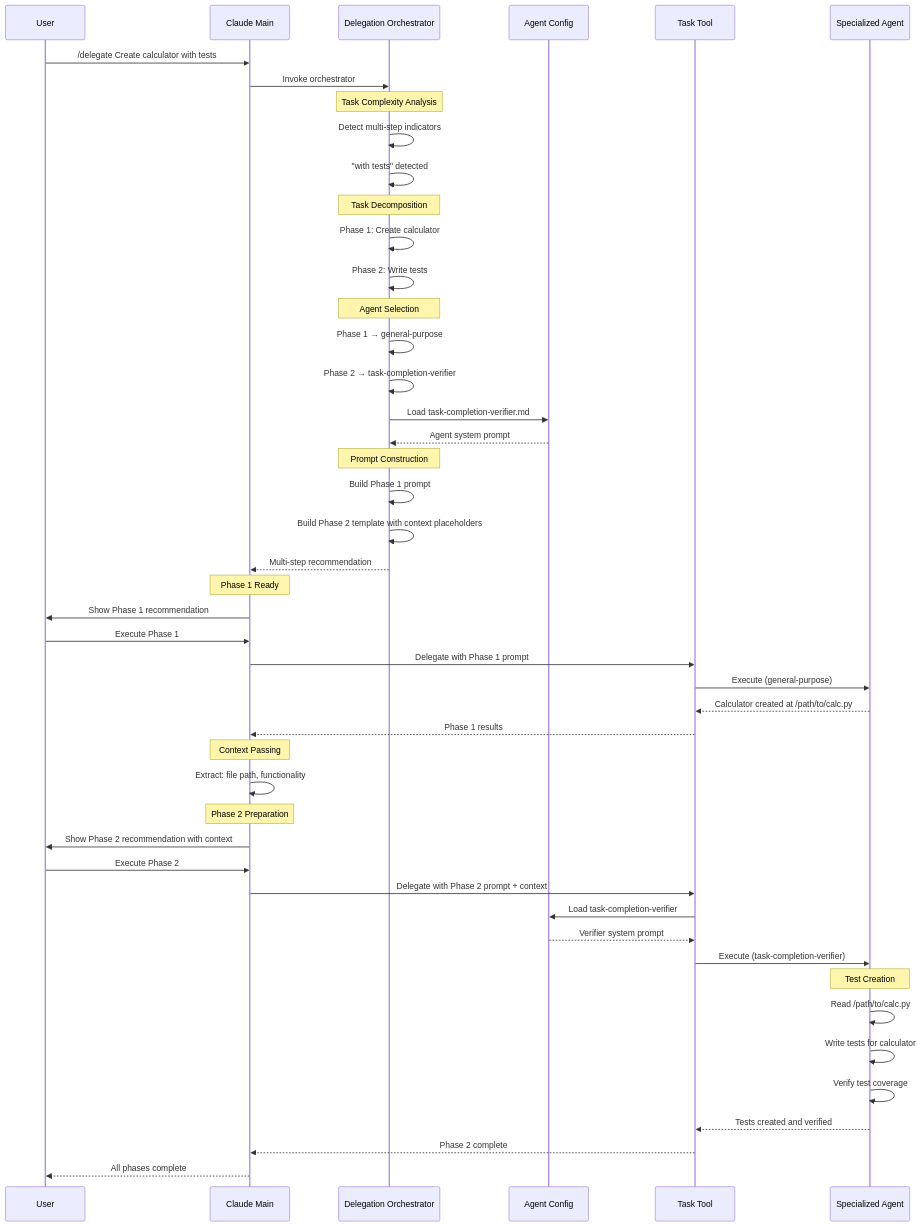
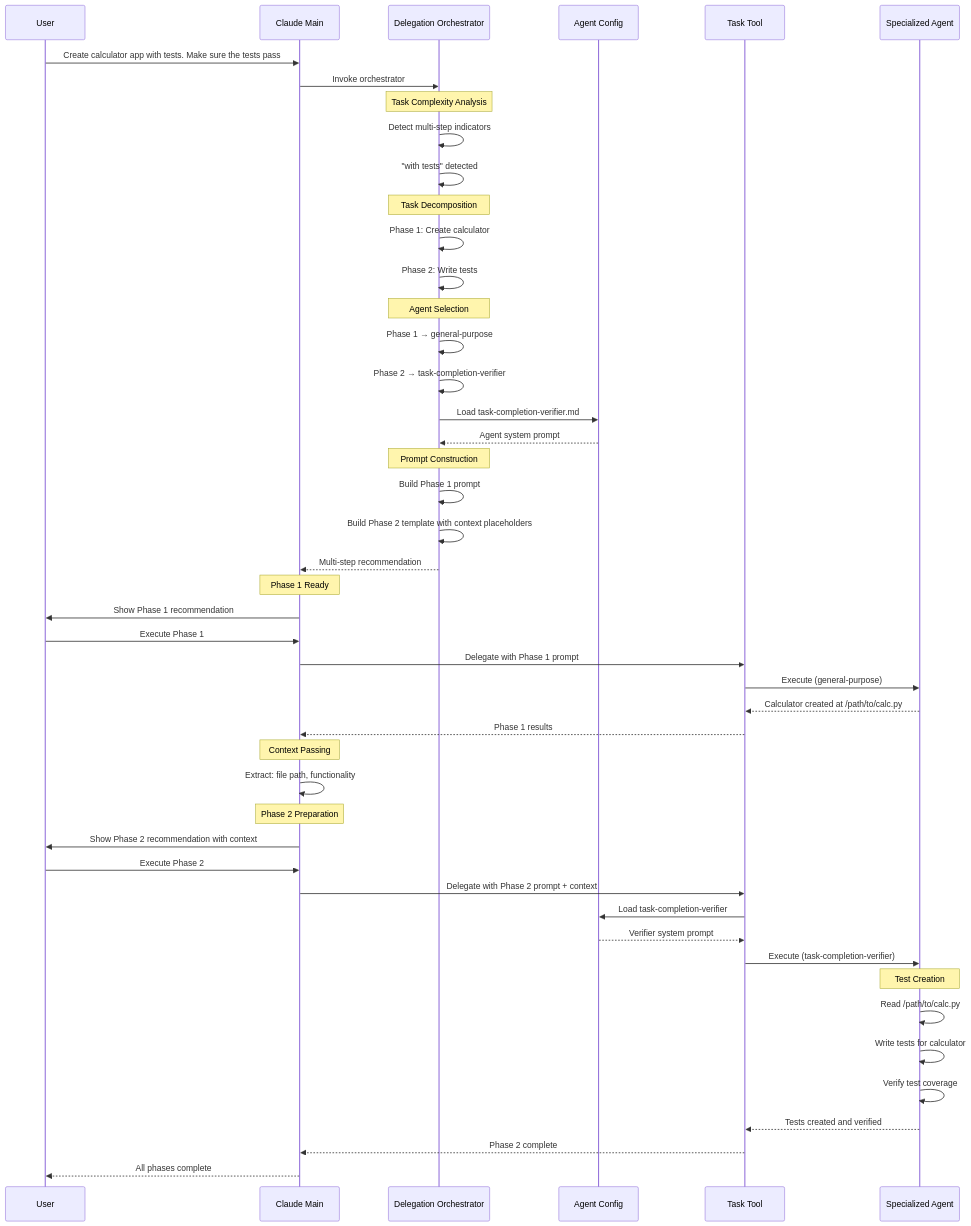
Before and after one commit to barkain/claude-code-delegation-system: the second of 2 diagrams in README.md, drawn with Mermaid.

````diff
--- a/README.md
+++ b/README.md
@@ -234,63 +234,63 @@
 ```mermaid
 sequenceDiagram
     participant User
     participant Claude as Claude Main
     participant Orch as Delegation Orchestrator
     participant Config as Agent Config
     participant Task as Task Tool
     participant Agent as Specialized Agent
 
-    User->>Claude: /delegate Create calculator with tests
+    User->>Claude: Create calculator app with tests. Make sure the tests pass
     Claude->>Orch: Invoke orchestrator
 
     Note over Orch: Task Complexity Analysis
     Orch->>Orch: Detect multi-step indicators
     Orch->>Orch: "with tests" detected
 
     Note over Orch: Task Decomposition
     Orch->>Orch: Phase 1: Create calculator
     Orch->>Orch: Phase 2: Write tests
 
     Note over Orch: Agent Selection
     Orch->>Orch: Phase 1 → general-purpose
     Orch->>Orch: Phase 2 → task-completion-verifier
 
     Orch->>Config: Load task-completion-verifier.md
     Config-->>Orch: Agent system prompt
 
     Note over Orch: Prompt Construction
     Orch->>Orch: Build Phase 1 prompt
     Orch->>Orch: Build Phase 2 template with context placeholders
 
     Orch-->>Claude: Multi-step recommendation
 
     Note over Claude: Phase 1 Ready
     Claude->>User: Show Phase 1 recommendation
     User->>Claude: Execute Phase 1
 
     Claude->>Task: Delegate with Phase 1 prompt
     Task->>Agent: Execute (general-purpose)
     Agent-->>Task: Calculator created at /path/to/calc.py
     Task-->>Claude: Phase 1 results
 
     Note over Claude: Context Passing
     Claude->>Claude: Extract: file path, functionality
 
     Note over Claude: Phase 2 Preparation
     Claude->>User: Show Phase 2 recommendation with context
     User->>Claude: Execute Phase 2
 
     Claude->>Task: Delegate with Phase 2 prompt + context
     Task->>Config: Load task-completion-verifier
     Config-->>Task: Verifier system prompt
     Task->>Agent: Execute (task-completion-verifier)
 
     Note over Agent: Test Creation
     Agent->>Agent: Read /path/to/calc.py
     Agent->>Agent: Write tests for calculator
     Agent->>Agent: Verify test coverage
     Agent-->>Task: Tests created and verified
 
     Task-->>Claude: Phase 2 complete
     Claude-->>User: All phases complete
 ```
````
